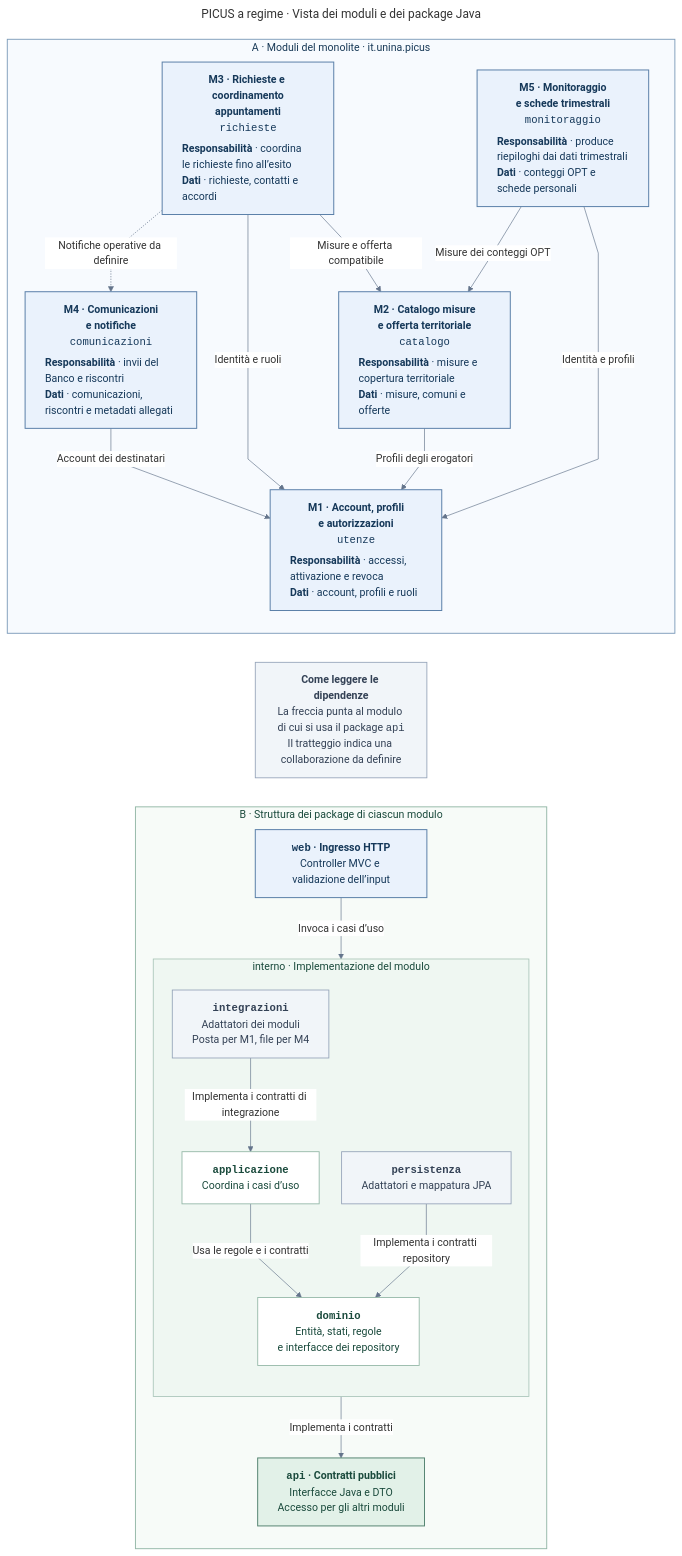
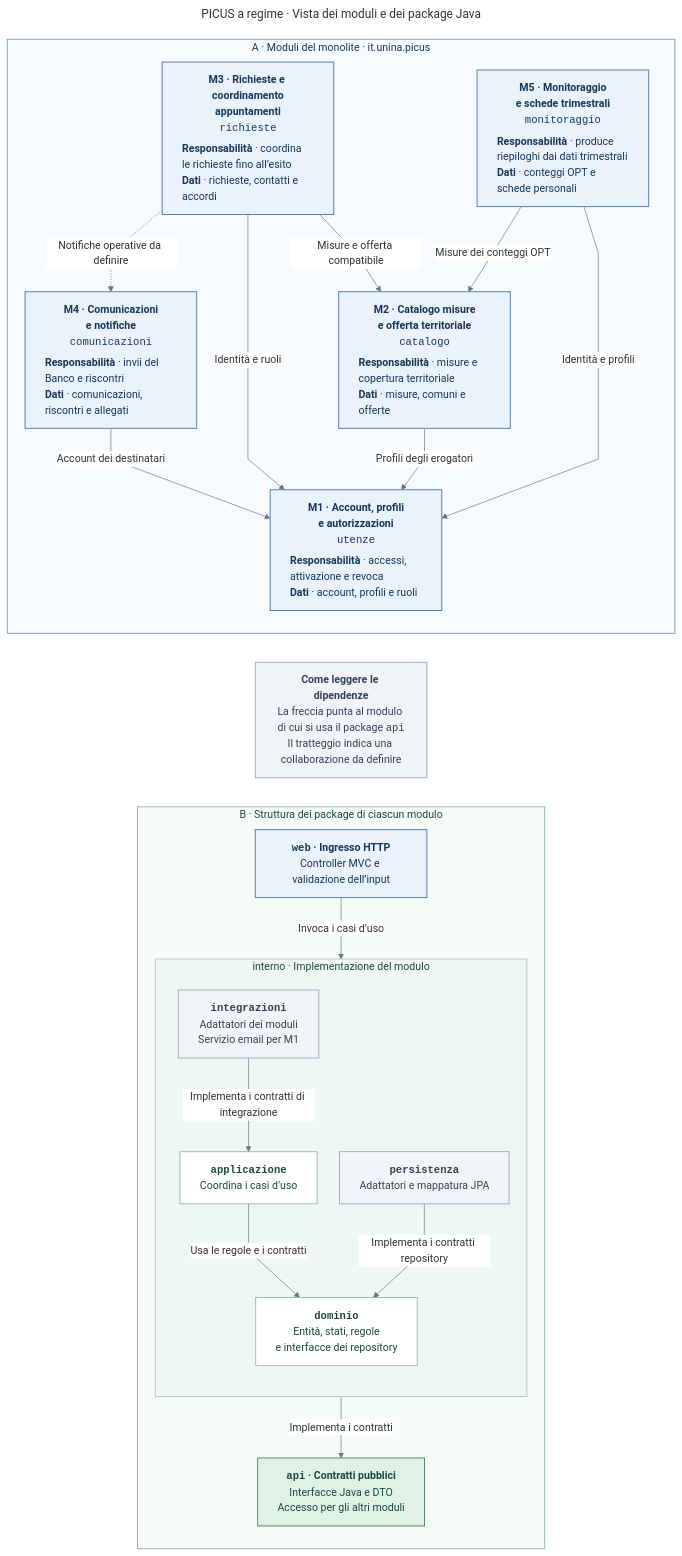
Before and after one commit to Pinguini-alla-Fragola/Progetto-SAD: the diagram in docs/architecture/diagrams/PICUS-Diagramma-Moduli.mmd, drawn with Mermaid. The commit also changed 25 other files, not shown here.

```diff
--- a/docs/architecture/diagrams/PICUS-Diagramma-Moduli.mmd
+++ b/docs/architecture/diagrams/PICUS-Diagramma-Moduli.mmd
@@ -1,73 +1,73 @@
 ---
 title: "PICUS a regime · Vista dei moduli e dei package Java"
 config:
   theme: base
   themeVariables:
     fontFamily: "Arial"
     fontSize: "16px"
     lineColor: "#64748B"
     edgeLabelBackground: "#FFFFFF"
   flowchart:
     curve: linear
     nodeSpacing: 34
     rankSpacing: 44
 ---
 flowchart TB
     accTitle: Vista dei moduli e dei package Java di PICUS
     accDescr: La prima vista mostra responsabilità, dati gestiti e dipendenze dei cinque moduli. La seconda mostra i package web, api e i package di implementazione interni a ciascun modulo.
 
     subgraph MODULI["A · Moduli del monolite · it.unina.picus"]
         direction TB
         M1["<b>M1 · Account, profili<br/>e autorizzazioni</b><br/><code>utenze</code><div style='text-align:left;margin-top:8px'><b>Responsabilità</b> · accessi, attivazione e revoca<br/><b>Dati</b> · account, profili e ruoli</div>"]
         M2["<b>M2 · Catalogo misure<br/>e offerta territoriale</b><br/><code>catalogo</code><div style='text-align:left;margin-top:8px'><b>Responsabilità</b> · misure e copertura territoriale<br/><b>Dati</b> · misure, comuni e offerte</div>"]
         M3["<b>M3 · Richieste e coordinamento<br/>appuntamenti</b><br/><code>richieste</code><div style='text-align:left;margin-top:8px'><b>Responsabilità</b> · coordina le richieste fino all’esito<br/><b>Dati</b> · richieste, contatti e accordi</div>"]
-        M4["<b>M4 · Comunicazioni<br/>e notifiche</b><br/><code>comunicazioni</code><div style='text-align:left;margin-top:8px'><b>Responsabilità</b> · invii del Banco e riscontri<br/><b>Dati</b> · comunicazioni, riscontri e metadati allegati</div>"]
+        M4["<b>M4 · Comunicazioni<br/>e notifiche</b><br/><code>comunicazioni</code><div style='text-align:left;margin-top:8px'><b>Responsabilità</b> · invii del Banco e riscontri<br/><b>Dati</b> · comunicazioni, riscontri e allegati</div>"]
         M5["<b>M5 · Monitoraggio<br/>e schede trimestrali</b><br/><code>monitoraggio</code><div style='text-align:left;margin-top:8px'><b>Responsabilità</b> · produce riepiloghi dai dati trimestrali<br/><b>Dati</b> · conteggi OPT e schede personali</div>"]
 
         M3 -.->|Notifiche operative da definire| M4
         M3 -->|Identità e ruoli| M1
         M3 -->|Misure e offerta compatibile| M2
         M5 -->|Misure dei conteggi OPT| M2
         M5 -->|Identità e profili| M1
         M4 -->|Account dei destinatari| M1
         M2 -->|Profili degli erogatori| M1
     end
 
     LEGENDA["<b>Come leggere le dipendenze</b><br/>La freccia punta al modulo di cui si usa il package <code>api</code><br/>Il tratteggio indica una collaborazione da definire"]
 
     subgraph STRUTTURA["B · Struttura dei package di ciascun modulo"]
         direction TB
         WEB["<b><code>web</code> · Ingresso HTTP</b><br/>Controller MVC e validazione dell’input"]
         API["<b><code>api</code> · Contratti pubblici</b><br/>Interfacce Java e DTO<br/>Accesso per gli altri moduli"]
 
         subgraph INTERNO["interno · Implementazione del modulo"]
             direction TB
             APP["<b><code>applicazione</code></b><br/>Coordina i casi d’uso"]
             DOM["<b><code>dominio</code></b><br/>Entità, stati, regole<br/>e interfacce dei repository"]
             PERS["<b><code>persistenza</code></b><br/>Adattatori e mappatura JPA"]
-            INT["<b><code>integrazioni</code></b><br/>Adattatori dei moduli<br/>Posta per M1, file per M4"]
+            INT["<b><code>integrazioni</code></b><br/>Adattatori dei moduli<br/>Servizio email per M1"]
 
             APP -->|Usa le regole e i contratti| DOM
             PERS -->|Implementa i contratti repository| DOM
             INT -->|Implementa i contratti di integrazione| APP
         end
 
         WEB -->|Invoca i casi d’uso| APP
         APP -->|Implementa i contratti| API
     end
 
     %% Collegamenti invisibili per disporre le due viste e la legenda in verticale.
     MODULI ~~~ LEGENDA
     LEGENDA ~~~ STRUTTURA
 
     classDef modulo fill:#EAF2FC,stroke:#5A7FA8,color:#153859,stroke-width:1.5px
     classDef contratto fill:#E2F1E8,stroke:#568573,color:#1A4A3C,stroke-width:1.5px
     classDef implementazione fill:#FFFFFF,stroke:#91B6A5,color:#1A4A3C,stroke-width:1.3px
     classDef supporto fill:#F1F5F9,stroke:#94A3B8,color:#334155,stroke-width:1.3px
     class M1,M2,M3,M4,M5,WEB modulo
     class API contratto
     class APP,DOM implementazione
     class PERS,INT,LEGENDA supporto
     style MODULI fill:#F7FAFE,stroke:#7C9BB9,stroke-width:1.4px,color:#183957
     style STRUTTURA fill:#F7FBF8,stroke:#91B6A5,stroke-width:1.4px,color:#1A4A3C
     style INTERNO fill:#EFF7F2,stroke:#A5C2B5,stroke-width:1.2px,color:#1A4A3C
```
